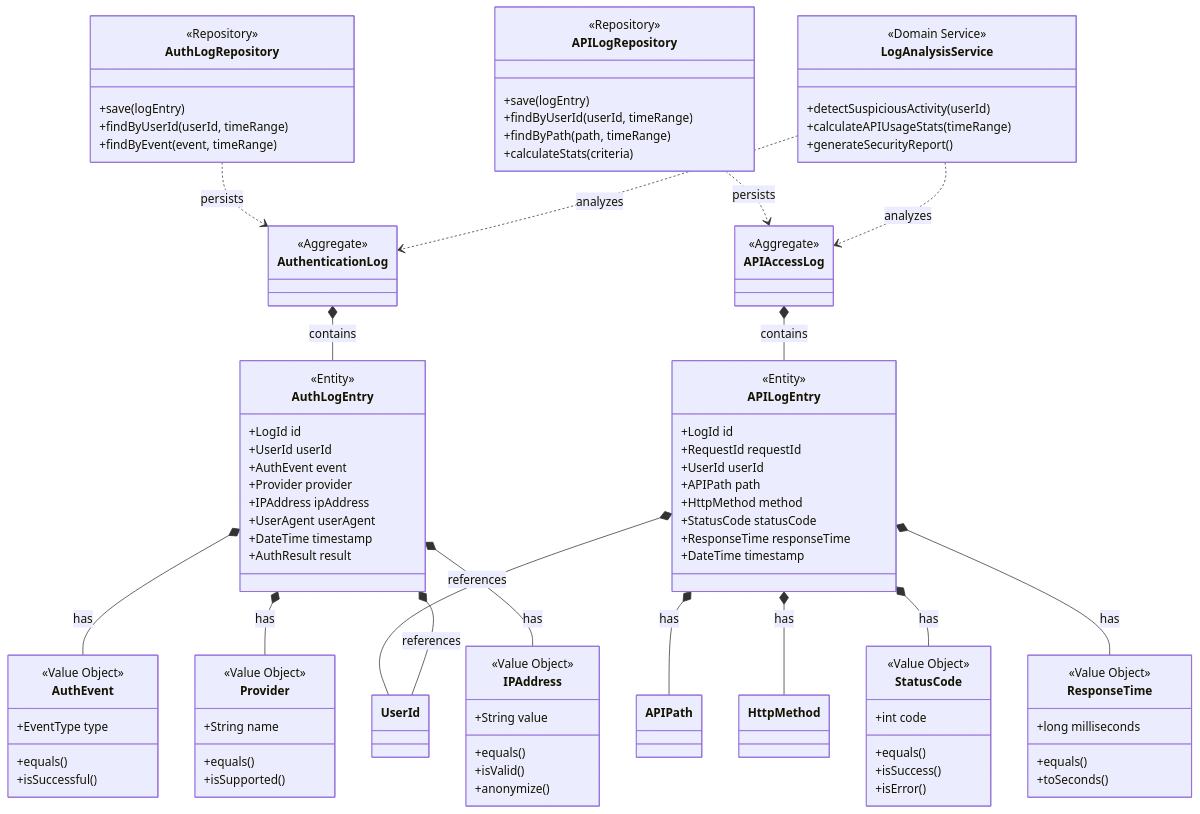
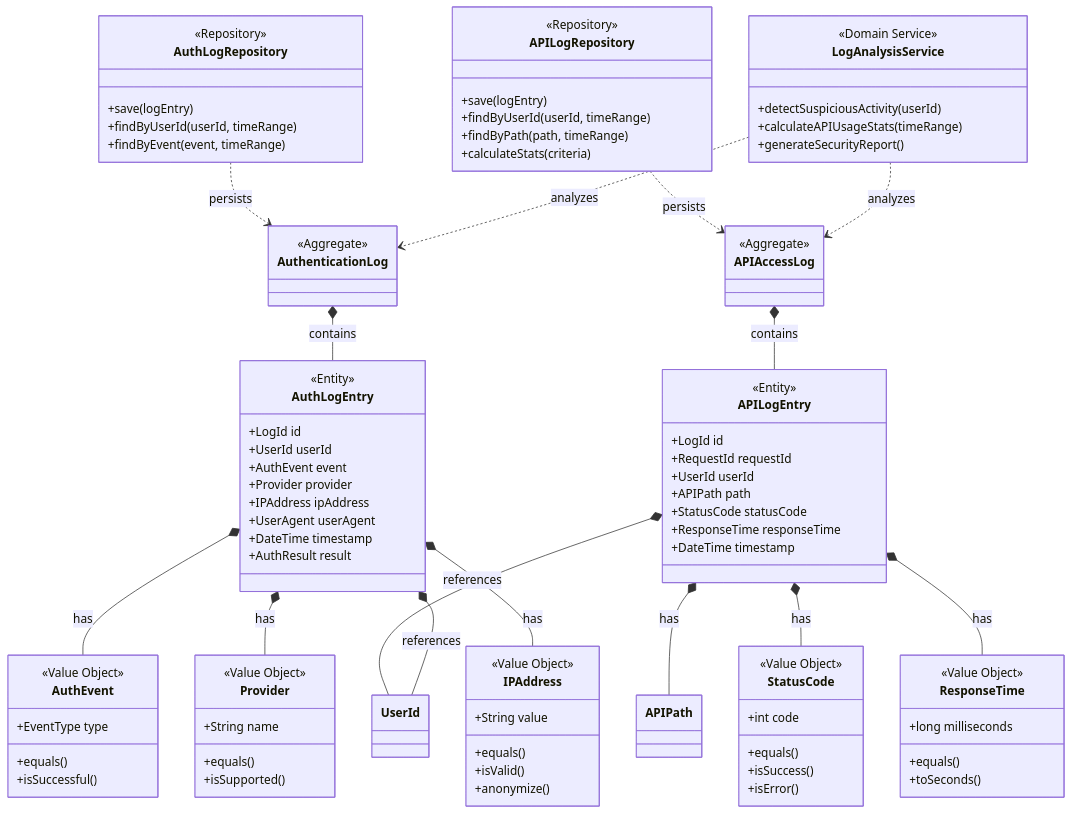
The fourth of 14 diagrams in docs/specs/step5-design.md (hydrangeas/redis-test), drawn with Mermaid before and after one commit. The commit also changed other lines of this file, not shown here.

```diff
--- a/docs/specs/step5-design.md
+++ b/docs/specs/step5-design.md
@@ -270,7 +268,6 @@
         +RequestId requestId
         +UserId userId
         +APIPath path
-        +HttpMethod method
         +StatusCode statusCode
         +ResponseTime responseTime
         +DateTime timestamp
@@ -347,7 +344,6 @@
     AuthLogEntry *-- IPAddress : has
     APILogEntry *-- UserId : references
     APILogEntry *-- APIPath : has
-    APILogEntry *-- HttpMethod : has
     APILogEntry *-- StatusCode : has
     APILogEntry *-- ResponseTime : has
     LogAnalysisService ..> AuthenticationLog : analyzes
```
